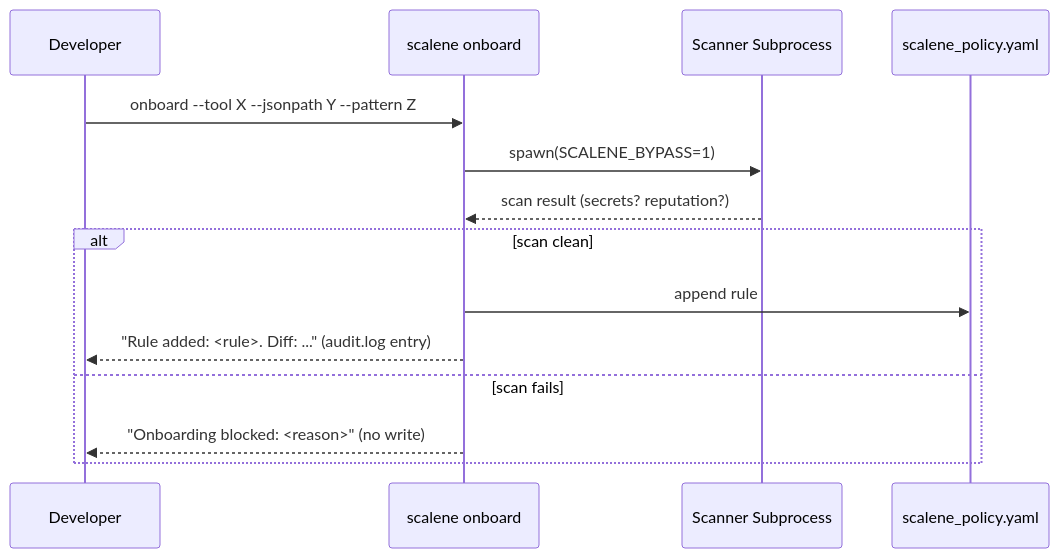
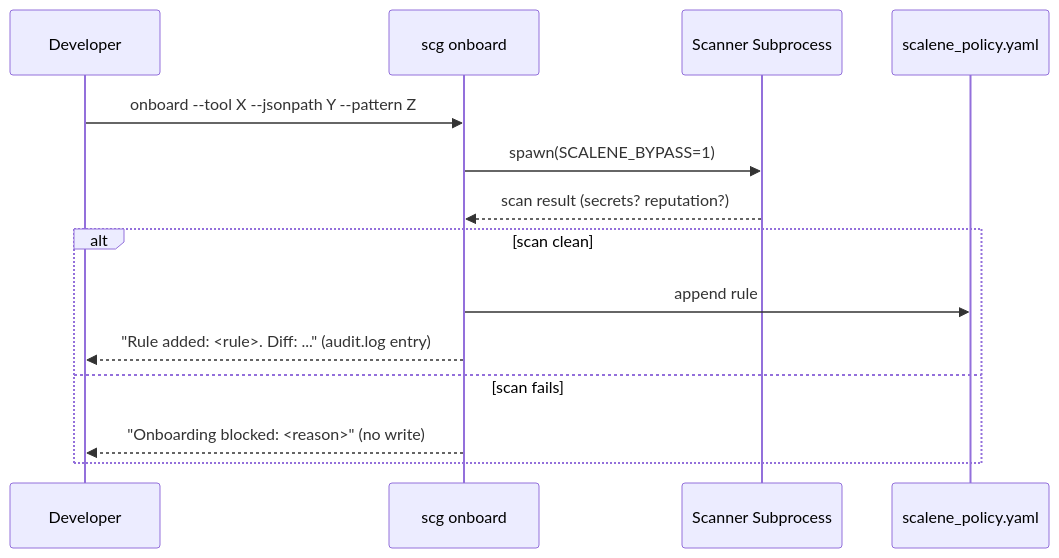
The fourth of 4 diagrams in docs/ARCHITECTURE.md (drusifer/Scalene), drawn with Mermaid before and after one commit. The commit also changed other lines of this file and 24 other files, not shown here.

First line of the commit message:
Package Scalene for PyPI distribution; rename dev CLI to scg

````diff
--- a/docs/ARCHITECTURE.md
+++ b/docs/ARCHITECTURE.md
@@ -135,16 +135,16 @@
 ```mermaid
 sequenceDiagram
     participant Dev as Developer
-    participant CLI as scalene onboard
+    participant CLI as scg onboard
     participant Scan as Scanner Subprocess
     participant Cfg as scalene_policy.yaml
     Dev->>CLI: onboard --tool X --jsonpath Y --pattern Z
     CLI->>Scan: spawn(SCALENE_BYPASS=1)
     Scan-->>CLI: scan result (secrets? reputation?)
     alt scan clean
         CLI->>Cfg: append rule
         CLI-->>Dev: "Rule added: <rule>. Diff: ..." (audit.log entry)
     else scan fails
         CLI-->>Dev: "Onboarding blocked: <reason>" (no write)
     end
 ```
````
